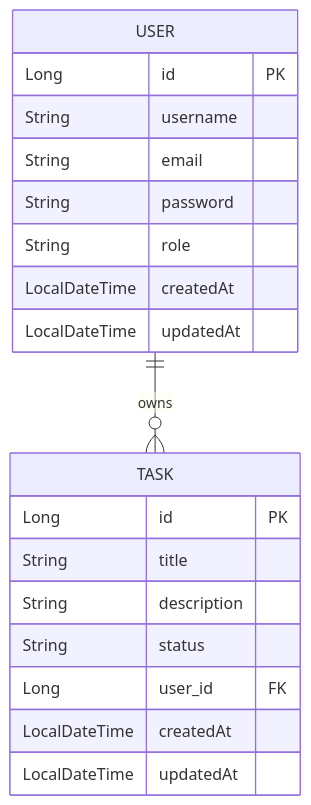
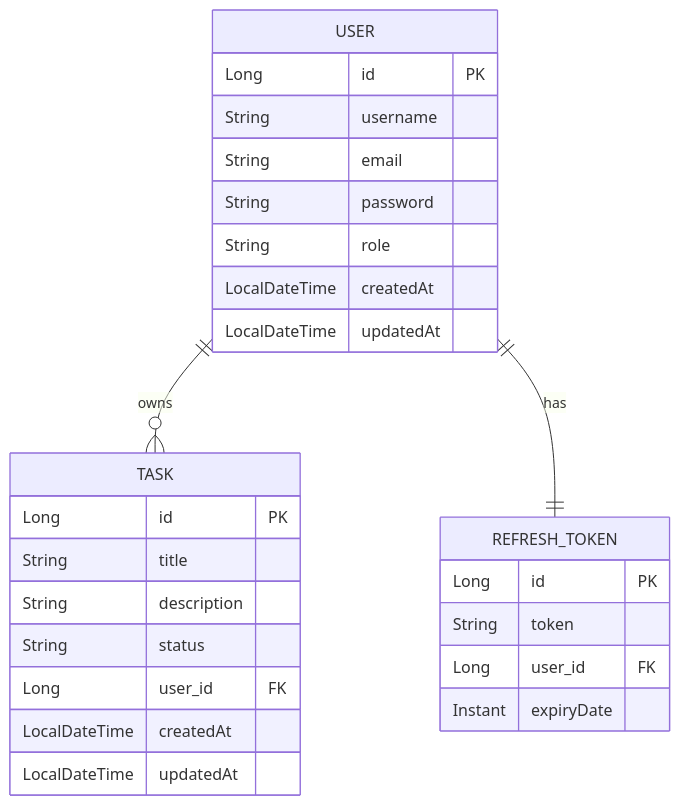
Before and after one commit to huenguyenkim/Taskflow: the fourth of 4 diagrams in README.md, drawn with Mermaid. The commit also changed other lines of this file, not shown here.

````diff
--- a/README.md
+++ b/README.md
@@ -145,25 +192,33 @@
 ```mermaid
 erDiagram
 
     USER ||--o{ TASK : owns
+    USER ||--|| REFRESH_TOKEN : has
 
     USER {
         Long id PK
         String username
         String email
         String password
         String role
         LocalDateTime createdAt
         LocalDateTime updatedAt
     }
 
     TASK {
         Long id PK
         String title
         String description
         String status
         Long user_id FK
         LocalDateTime createdAt
         LocalDateTime updatedAt
     }
+
+    REFRESH_TOKEN {
+        Long id PK
+        String token
+        Long user_id FK
+        Instant expiryDate
+    }
 ```
````
